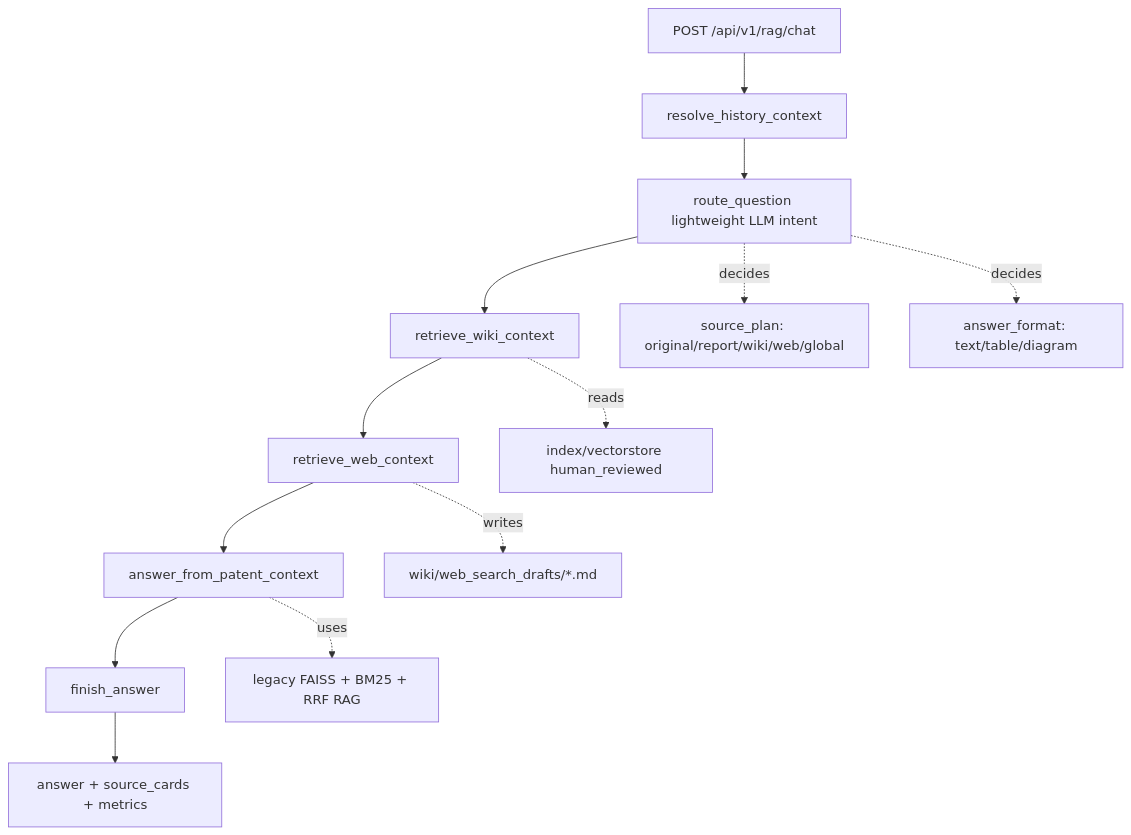
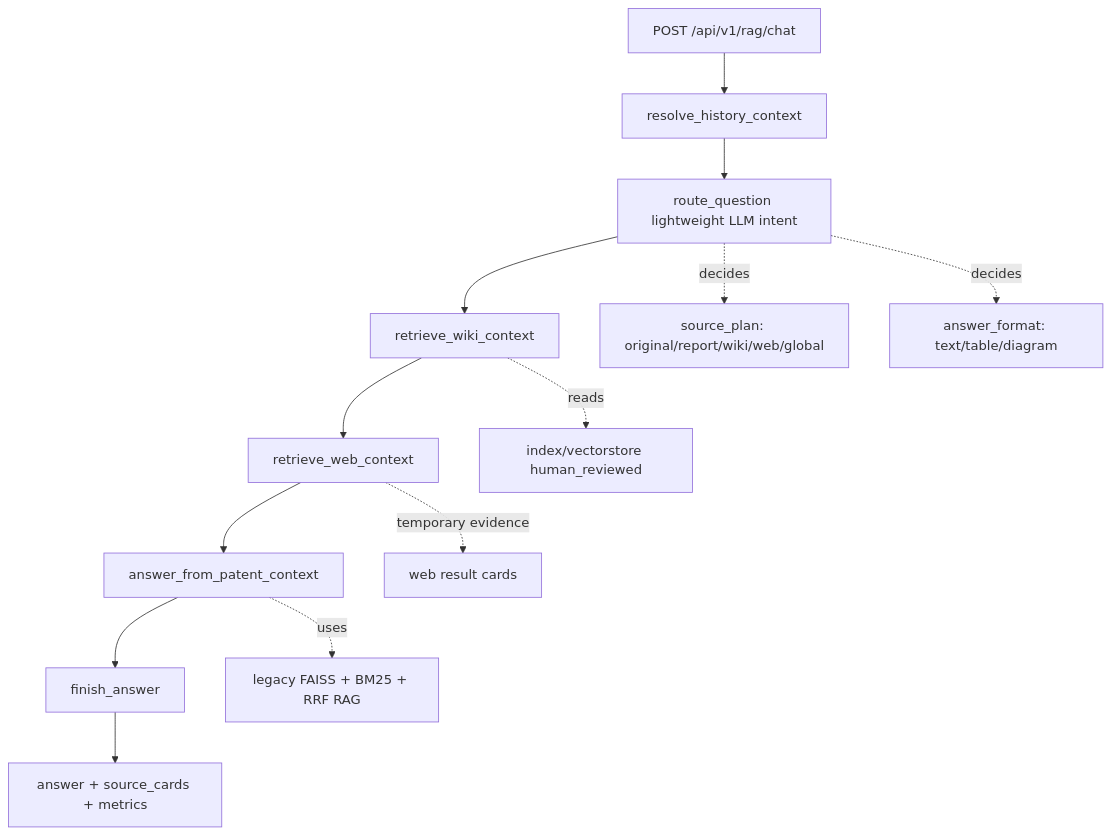
The fourth of 5 diagrams in README.md (skipers/skipa-ai-server), drawn with Mermaid before and after one commit. The commit also changed other lines of this file and 284 other files, not shown here.

Commit message:
fix: clean wiki evidence and expose preprocessing APIs

````diff
--- a/README.md
+++ b/README.md
@@ -964,16 +988,16 @@
 ```mermaid
 flowchart TD
   Q[POST /api/v1/rag/chat] --> H[resolve_history_context]
   H --> I[route_question lightweight LLM intent]
   I --> W[retrieve_wiki_context]
   W --> WEB[retrieve_web_context]
   WEB --> R[answer_from_patent_context]
   R --> F[finish_answer]
   F --> O[answer + source_cards + metrics]
 
   I -. decides .-> SP[source_plan: original/report/wiki/web/global]
   I -. decides .-> AF[answer_format: text/table/diagram]
   W -. reads .-> VS[index/vectorstore human_reviewed]
-  WEB -. writes .-> WD[wiki/web_search_drafts/*.md]
+  WEB -. temporary evidence .-> WD[web result cards]
   R -. uses .-> LG[legacy FAISS + BM25 + RRF RAG]
 ```
````
